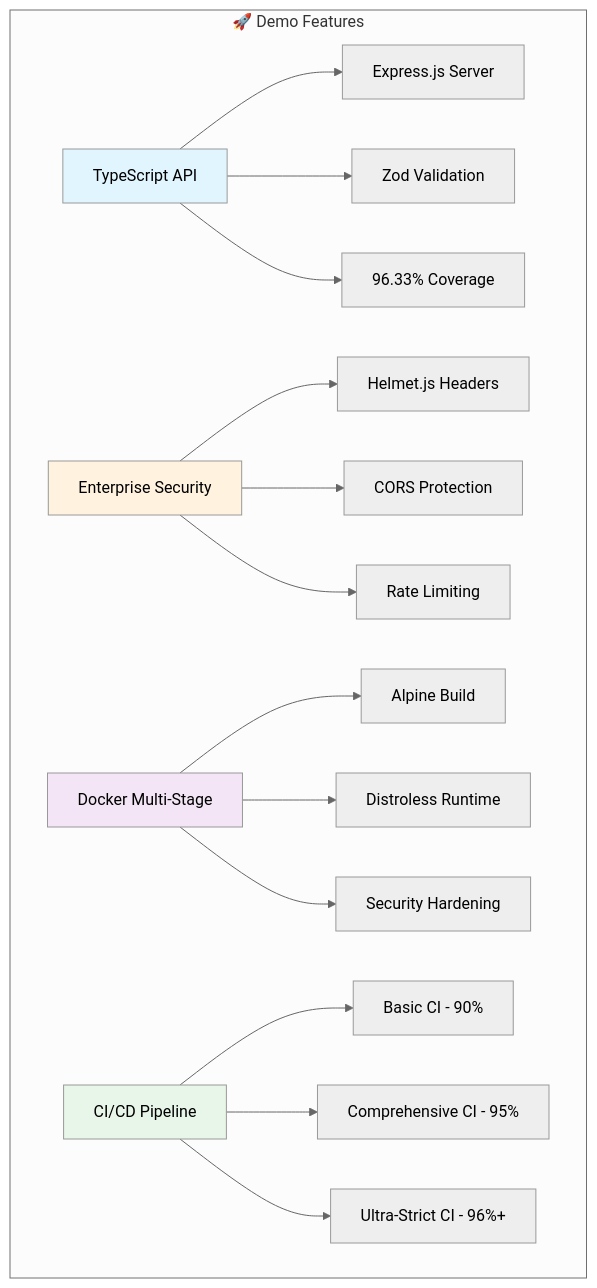
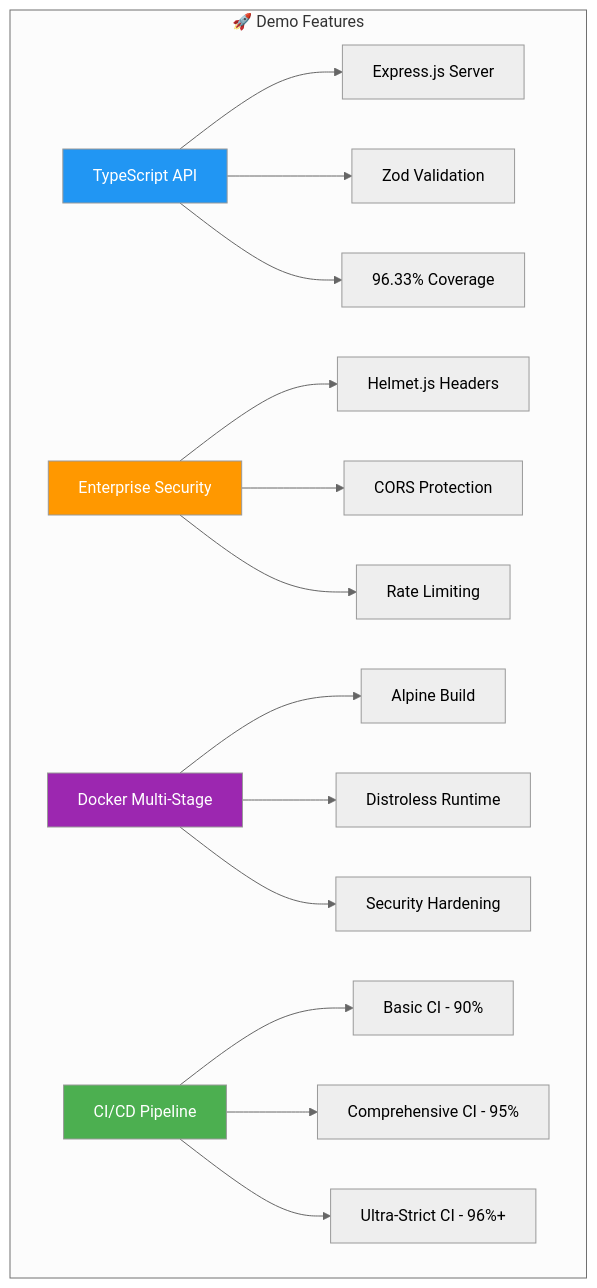
The first of 22 diagrams in demos/typescript-api/README.md (mvalancy-mt/training-materials), drawn with Mermaid (neutral theme) before and after one commit. The commit also changed other lines of this file and 2 other files, not shown here.

First line of the commit message:
fix: improve mermaid diagram readability with high-contrast colors (#9)

````diff
--- a/demos/typescript-api/README.md
+++ b/demos/typescript-api/README.md
@@ -15,25 +15,25 @@
 ```mermaid
 graph TB
     subgraph "🚀 Demo Features"
         A[TypeScript API] --> B[Express.js Server]
         A --> C[Zod Validation]
         A --> D[96.33% Coverage]
 
         E[Enterprise Security] --> F[Helmet.js Headers]
         E --> G[CORS Protection]
         E --> H[Rate Limiting]
 
         I[Docker Multi-Stage] --> J[Alpine Build]
         I --> K[Distroless Runtime]
         I --> L[Security Hardening]
 
         M[CI/CD Pipeline] --> N[Basic CI - 90%]
         M --> O[Comprehensive CI - 95%]
         M --> P[Ultra-Strict CI - 96%+]
     end
 
-    style A fill:#e1f5fe
-    style E fill:#fff3e0
-    style I fill:#f3e5f5
-    style M fill:#e8f5e9
+    style A fill:#2196f3,color:#ffffff
+    style E fill:#ff9800,color:#ffffff
+    style I fill:#9c27b0,color:#ffffff
+    style M fill:#4caf50,color:#ffffff
 ```
````
